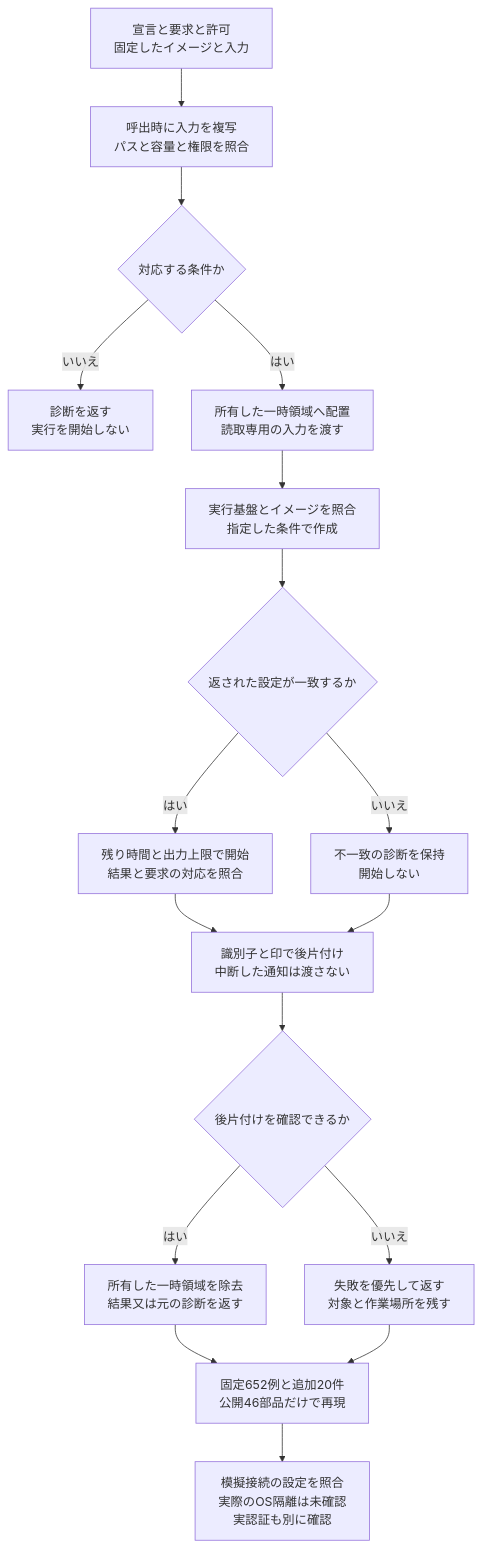
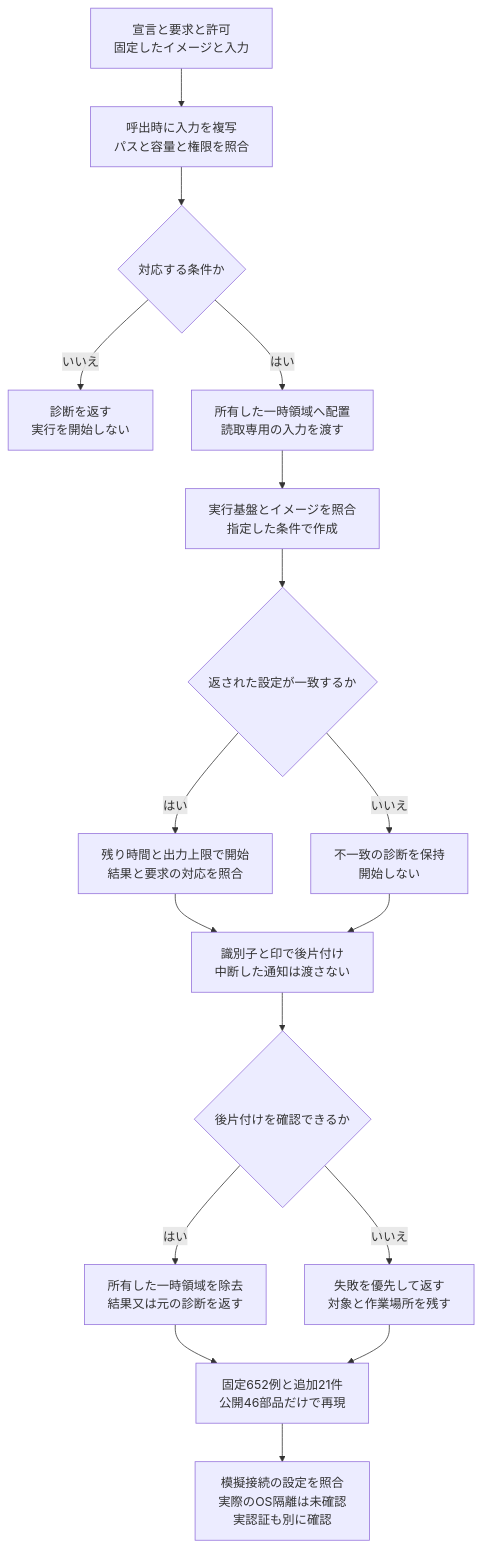
Before and after one commit to koukemo/morivyx: the diagram in docs/diagrams/python-plugin-container.mmd, drawn with Mermaid. The commit also changed 5 other files, not shown here.

```diff
--- a/docs/diagrams/python-plugin-container.mmd
+++ b/docs/diagrams/python-plugin-container.mmd
@@ -1,17 +1,17 @@
 flowchart TD
   A[宣言と要求と許可<br/>固定したイメージと入力] --> B[呼出時に入力を複写<br/>パスと容量と権限を照合]
   B --> C{対応する条件か}
   C -->|いいえ| D[診断を返す<br/>実行を開始しない]
   C -->|はい| E[所有した一時領域へ配置<br/>読取専用の入力を渡す]
   E --> F[実行基盤とイメージを照合<br/>指定した条件で作成]
   F --> G{返された設定が一致するか}
   G -->|はい| H[残り時間と出力上限で開始<br/>結果と要求の対応を照合]
   G -->|いいえ| I[不一致の診断を保持<br/>開始しない]
   H --> J[識別子と印で後片付け<br/>中断した通知は渡さない]
   I --> J
   J --> K{後片付けを確認できるか}
   K -->|はい| L[所有した一時領域を除去<br/>結果又は元の診断を返す]
   K -->|いいえ| M[失敗を優先して返す<br/>対象と作業場所を残す]
-  L --> N[固定652例と追加20件<br/>公開46部品だけで再現]
+  L --> N[固定652例と追加21件<br/>公開46部品だけで再現]
   M --> N
   N --> O[模擬接続の設定を照合<br/>実際のOS隔離は未確認<br/>実認証も別に確認]
```
